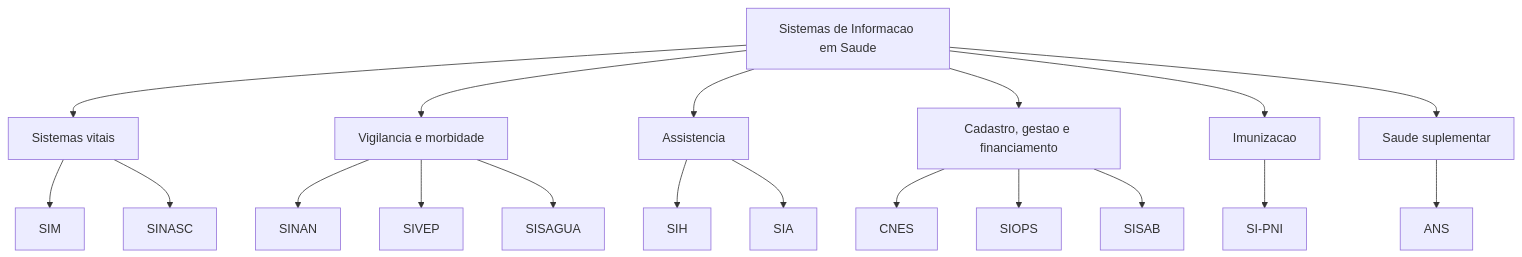
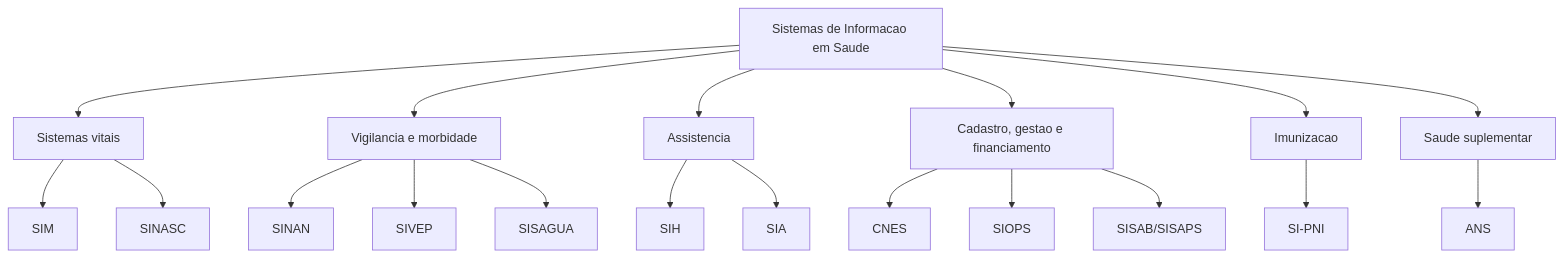
Before and after one commit to rfsaldanha/sis: the diagram in organizacao.qmd, drawn with Mermaid. The commit also changed other lines of this file and 85 other files, not shown here.

````diff
--- a/organizacao.qmd
+++ b/organizacao.qmd
@@ -50,23 +50,23 @@
 ```{mermaid}
 flowchart TD
   SIS[Sistemas de Informacao em Saude]
   SIS --> Vitais[Sistemas vitais]
   SIS --> Vig[Vigilancia e morbidade]
   SIS --> Assist[Assistencia]
   SIS --> Gestao[Cadastro, gestao e financiamento]
   SIS --> Imun[Imunizacao]
   SIS --> Supl[Saude suplementar]
 
   Vitais --> SIM[SIM]
   Vitais --> SINASC[SINASC]
   Vig --> SINAN[SINAN]
   Vig --> SIVEP[SIVEP]
   Vig --> SISAGUA[SISAGUA]
   Assist --> SIH[SIH]
   Assist --> SIA[SIA]
   Gestao --> CNES[CNES]
   Gestao --> SIOPS[SIOPS]
-  Gestao --> SISAB[SISAB]
+  Gestao --> SISAPS[SISAB/SISAPS]
   Imun --> SIPNI[SI-PNI]
   Supl --> ANS[ANS]
 ```
````
